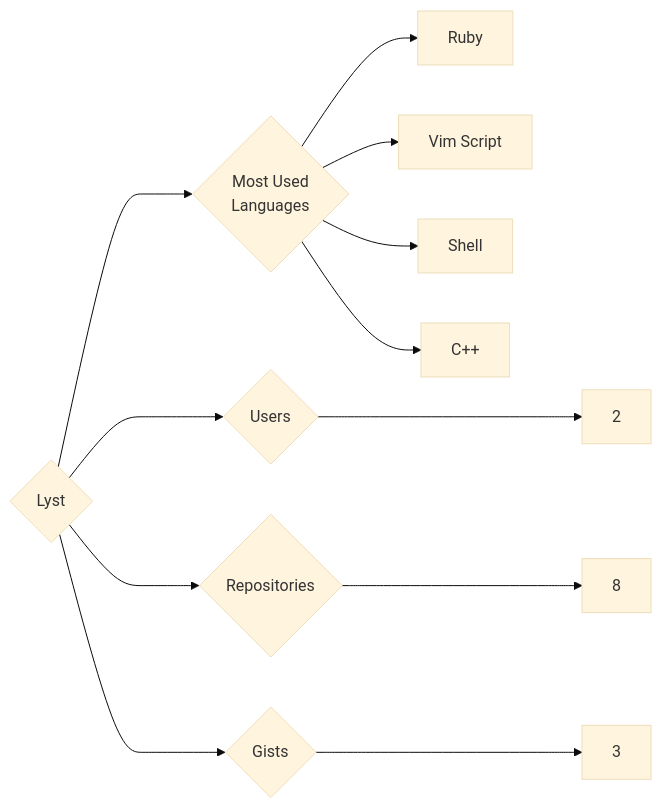
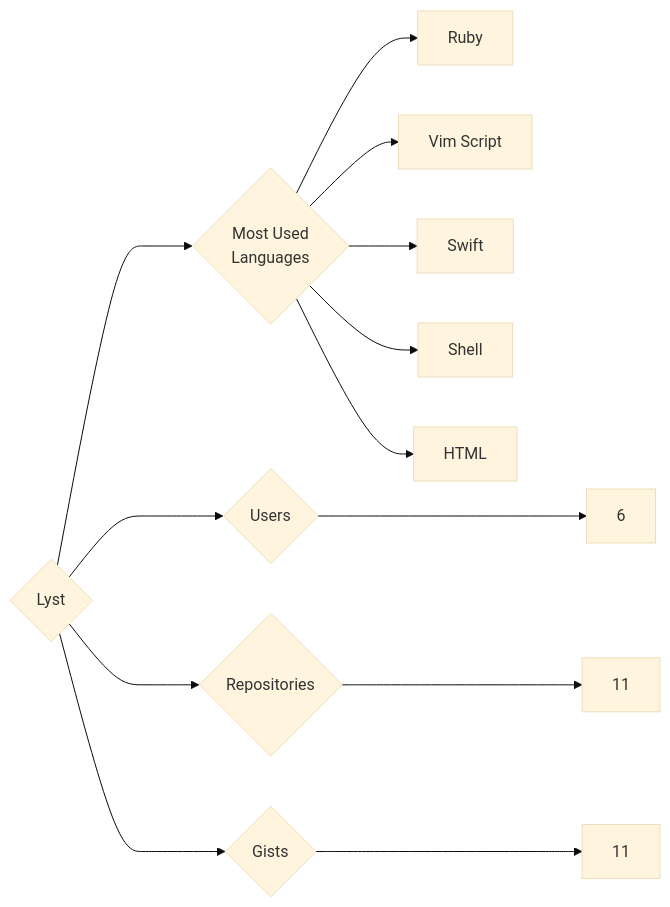
The diagram in targets/Lyst/README.md (trickest/insiders), drawn with Mermaid (base theme) before and after one commit. The commit also changed 773 other files, not shown here.

````diff
--- a/targets/Lyst/README.md
+++ b/targets/Lyst/README.md
@@ -3,12 +3,13 @@
 ```mermaid
 graph LR
 COMPANY_NAME{Lyst}
-COMPANY_NAME ---> U{Users} ---> UN[2]
-COMPANY_NAME ---> R{Repositories} ---> RN[8]
-COMPANY_NAME ---> G{Gists} ---> GN[3]
+COMPANY_NAME ---> U{Users} ---> UN[6]
+COMPANY_NAME ---> R{Repositories} ---> RN[11]
+COMPANY_NAME ---> G{Gists} ---> GN[11]
 COMPANY_NAME ---> ML{Most Used<br>Languages}
 ML --> Ruby[Ruby]
 ML --> Vim_Script[Vim Script]
+ML --> Swift[Swift]
 ML --> Shell[Shell]
-ML --> C++[C++]
+ML --> HTML[HTML]
 ```
````
